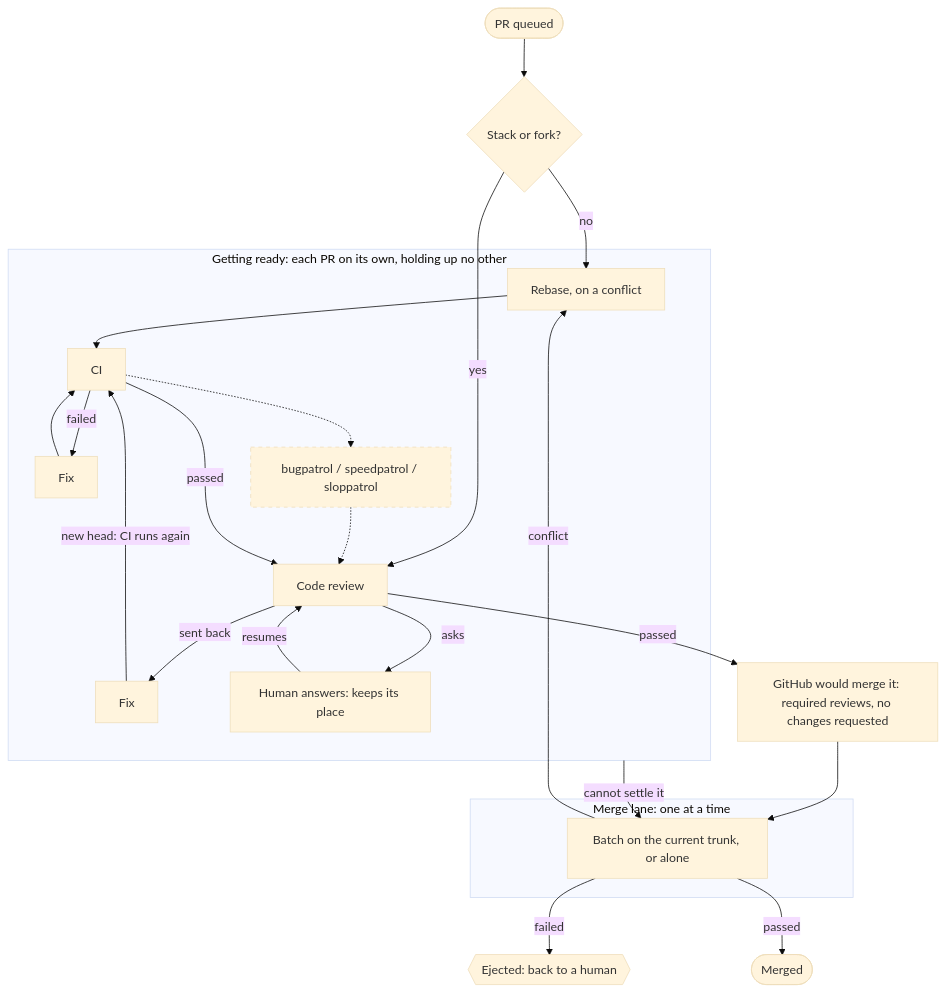
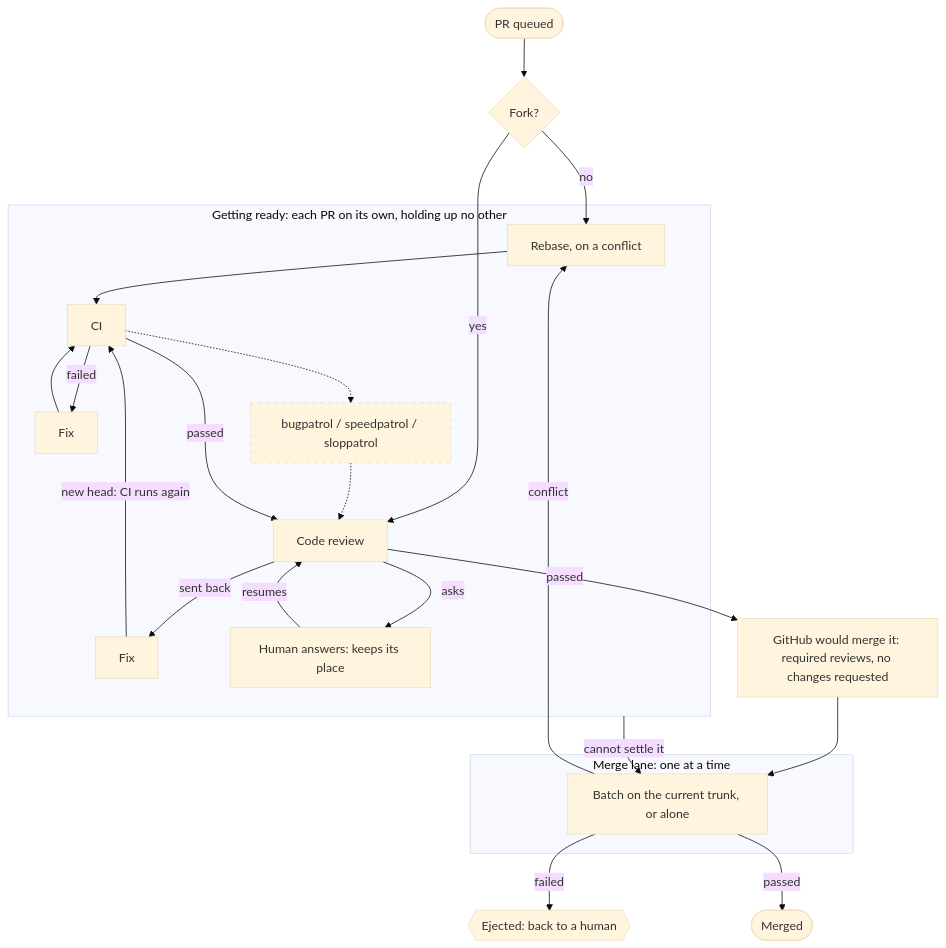
One commit to agent-labs-dev/mergepatrol changed the diagram in docs/queue-flow.md. Above: the diagram before and after it, drawn with Mermaid (base theme). The commit also changed other lines of this file and 7 other files, not shown here.

````diff
--- a/docs/queue-flow.md
+++ b/docs/queue-flow.md
@@ -5,41 +5,41 @@
 ```mermaid
 flowchart TD
-    queued(["PR queued"]) --> skip{"Stack or fork?"}
+    queued(["PR queued"]) --> skip{"Fork?"}
     skip -- "no" --> rebase
     skip -- "yes" --> review
 
     subgraph ready ["Getting ready: each PR on its own, holding up no other"]
         rebase["Rebase, on a conflict"]
         ci["CI"]
         fixci["Fix"]
         patrols["bugpatrol / speedpatrol / sloppatrol"]:::later
         review["Code review"]
         fixreview["Fix"]
         human["Human answers: keeps its place"]
 
         rebase --> ci
         ci -- "failed" --> fixci
         fixci --> ci
         ci -.-> patrols
         patrols -.-> review
         ci -- "passed" --> review
         review -- "sent back" --> fixreview
         fixreview -- "new head: CI runs again" --> ci
         review -- "asks" --> human
         human -- "resumes" --> review
     end
 
     review -- "passed" --> gates["GitHub would merge it: required reviews, no changes requested"]
 
     subgraph lane ["Merge lane: one at a time"]
         batch["Batch on the current trunk, or alone"]
     end
 
     gates --> batch
     ready -- "cannot settle it" --> batch
     batch -- "conflict" --> rebase
     batch -- "failed" --> ejected{{"Ejected: back to a human"}}
     batch -- "passed" --> merged(["Merged"])
 
     classDef later stroke-dasharray: 5 5
 ```
````
